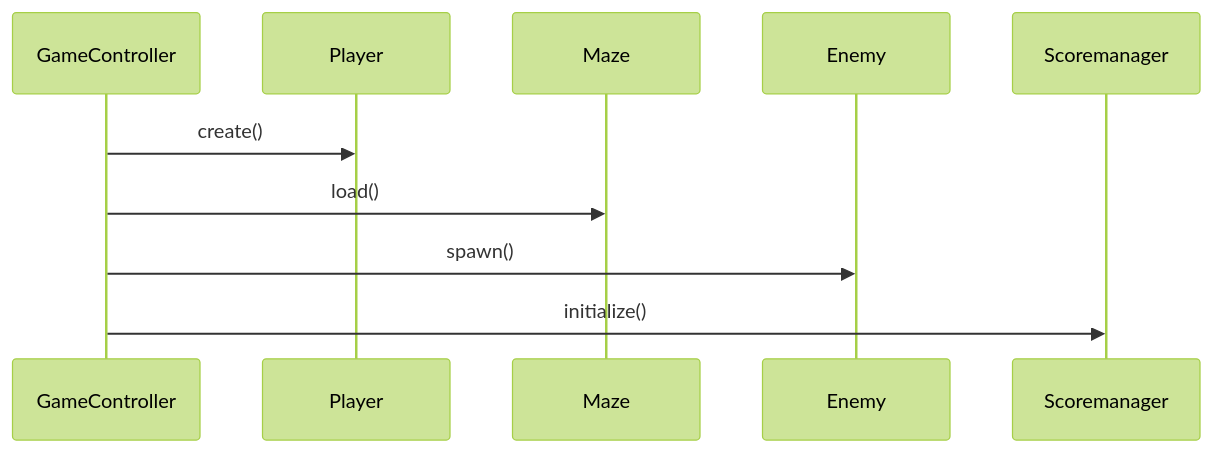
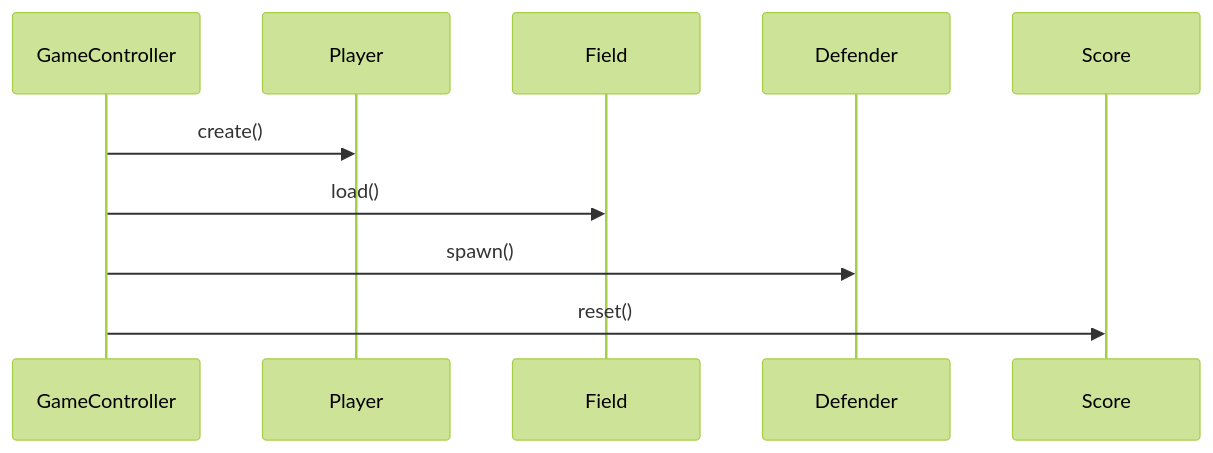
The diagram in docs/uml/initialization_state_sequence_diagram.mmd (Captivator2/w0505186-midterm), drawn with Mermaid (forest theme) before and after one commit. The commit also changed 1 other file, not shown here.

Commit message:
inital sequence and class diagram

```diff
--- a/docs/uml/initialization_state_sequence_diagram.mmd
+++ b/docs/uml/initialization_state_sequence_diagram.mmd
@@ -1,5 +1,5 @@
 sequenceDiagram
 GameController->>Player: create()
-GameController->>Maze: load()
-GameController->>Enemy: spawn()
-GameController->>Scoremanager: initialize()
+GameController->>Field: load()
+GameController->>Defender: spawn()
+GameController->>Score: reset()
```
